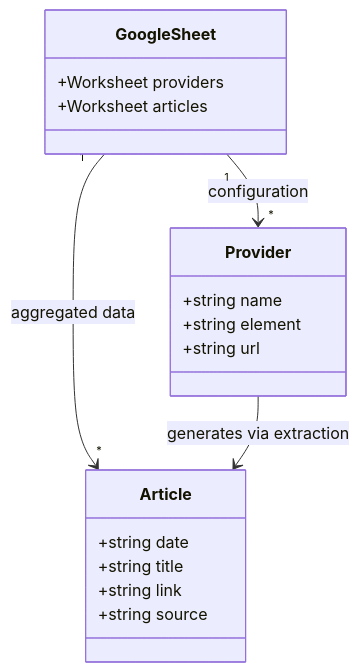
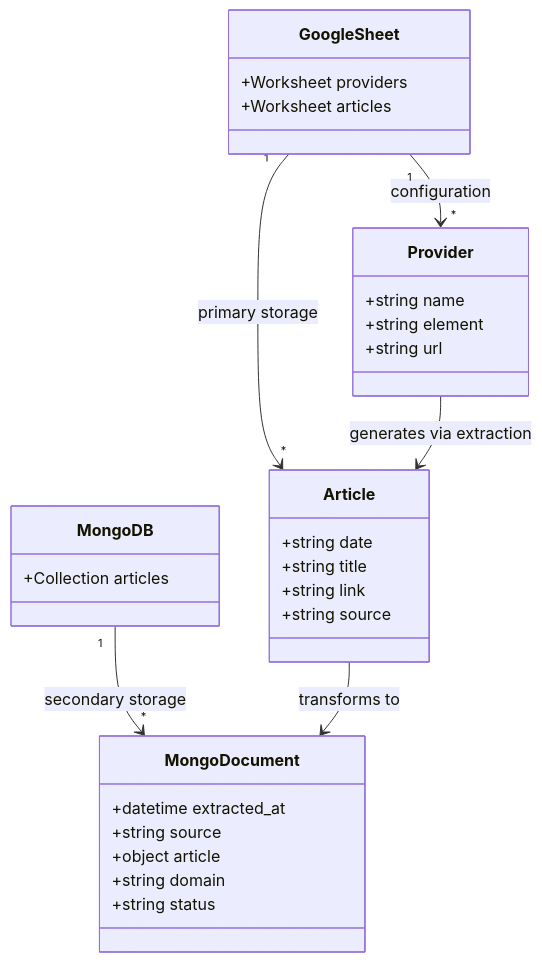
The second of 3 diagrams in docs/extraction_architecture.md (victoriacheng15/personal-reading-analytics-dashboard), drawn with Mermaid before and after one commit. The commit also changed other lines of this file and 2 other files, not shown here.

````diff
--- a/docs/extraction_architecture.md
+++ b/docs/extraction_architecture.md
@@ -109,24 +198,38 @@
 ```mermaid
 classDiagram
     class Provider {
         +string name
         +string element
         +string url
     }
     
     class Article {
         +string date
         +string title
         +string link
         +string source
     }
     
+    class MongoDocument {
+        +datetime extracted_at
+        +string source
+        +object article
+        +string domain
+        +string status
+    }
+    
     class GoogleSheet {
         +Worksheet providers
         +Worksheet articles
     }
     
+    class MongoDB {
+        +Collection articles
+    }
+    
     GoogleSheet "1" --> "*" Provider : configuration
-    GoogleSheet "1" --> "*" Article : aggregated data
+    GoogleSheet "1" --> "*" Article : primary storage
+    MongoDB "1" --> "*" MongoDocument : secondary storage
     Provider --> Article : generates via extraction
+    Article --> MongoDocument : transforms to
 ```
````
